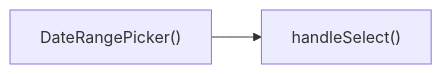
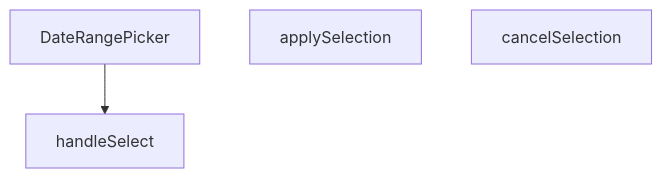
The diagram in src/components/admin/DateRangePicker.md (peckop/venthub-hvac-esite), drawn with Mermaid before and after one commit. The commit also changed other lines of this file and 56 other files, not shown here.

````diff
--- a/src/components/admin/DateRangePicker.md
+++ b/src/components/admin/DateRangePicker.md
@@ -167,4 +151,8 @@
 ```mermaid
-graph LR
-    DateRangePicker["DateRangePicker()"] --> handleSelect["handleSelect()"]
+graph TD
+    DateRangePicker_tsx__DateRangePicker["DateRangePicker"]
+    DateRangePicker_tsx__applySelection["applySelection"]
+    DateRangePicker_tsx__cancelSelection["cancelSelection"]
+    DateRangePicker_tsx__handleSelect["handleSelect"]
+    DateRangePicker_tsx__DateRangePicker --> DateRangePicker_tsx__handleSelect
 ```
````
